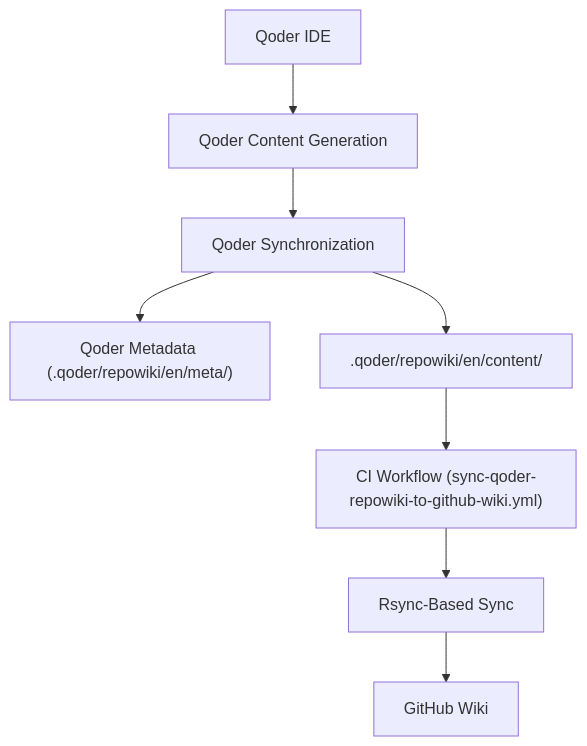
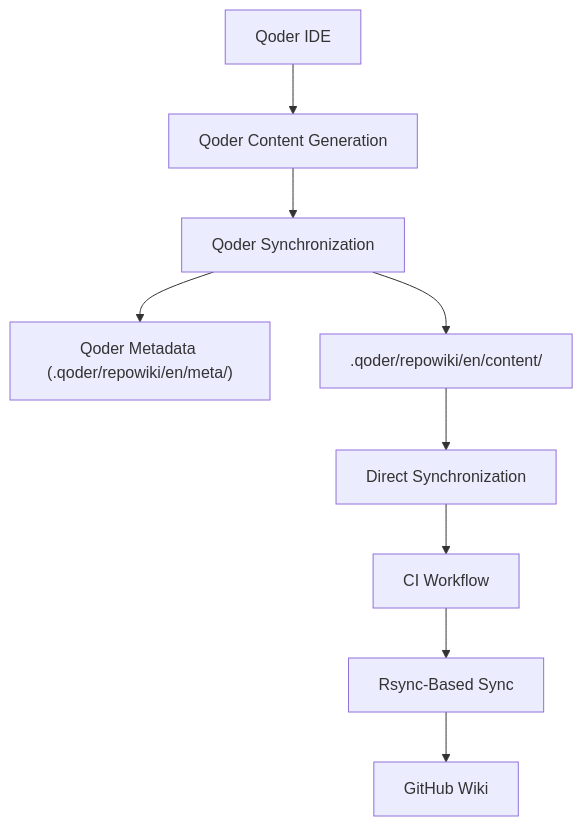
The sixth of 6 diagrams in .qoder/repowiki/en/content/Development Tools/Wiki Synchronization System.md (debian777/kairos-mcp), drawn with Mermaid before and after one commit. The commit also changed other lines of this file and 16 other files, not shown here.

Commit message:
chore: sync repowiki content and add ai-truth-first rule

````diff
--- a/.qoder/repowiki/en/content/Development Tools/Wiki Synchronization System.md
+++ b/.qoder/repowiki/en/content/Development Tools/Wiki Synchronization System.md
@@ -416,18 +382,20 @@
 ```mermaid
 flowchart TD
 QODER_IDE["Qoder IDE"]
 QODER_GEN["Qoder Content Generation"]
 QODER_SYNC["Qoder Synchronization"]
 QODER_META["Qoder Metadata (.qoder/repowiki/en/meta/)"]
 QODER_CONTENT[".qoder/repowiki/en/content/"]
-CI_WORKFLOW["CI Workflow (sync-qoder-repowiki-to-github-wiki.yml)"]
+DIRECT_SYNC["Direct Synchronization"]
+CI_WORKFLOW["CI Workflow"]
 RSYNC_SYNC["Rsync-Based Sync"]
 GITHUB_WIKI["GitHub Wiki"]
 QODER_IDE --> QODER_GEN
 QODER_GEN --> QODER_SYNC
 QODER_SYNC --> QODER_META
 QODER_SYNC --> QODER_CONTENT
-QODER_CONTENT --> CI_WORKFLOW
+QODER_CONTENT --> DIRECT_SYNC
+DIRECT_SYNC --> CI_WORKFLOW
 CI_WORKFLOW --> RSYNC_SYNC
 RSYNC_SYNC --> GITHUB_WIKI
 ```
````
